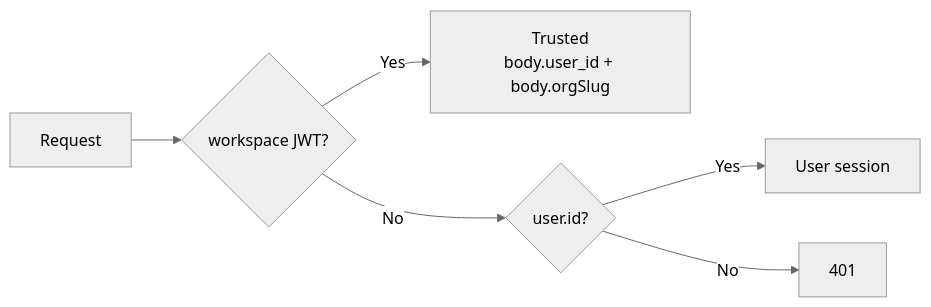
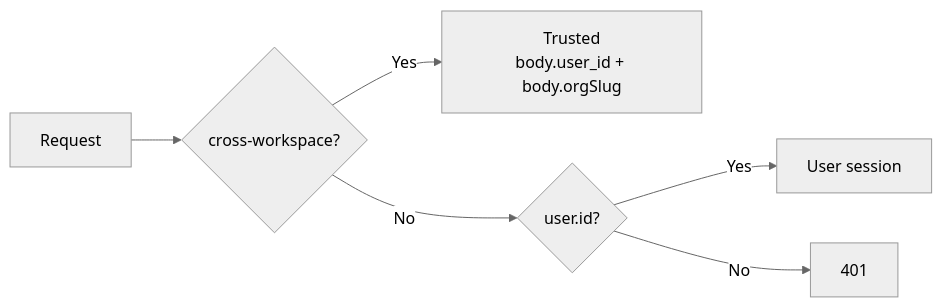
One commit to prismeai/docs changed the fourth of 6 diagrams in architecture/authentication.mdx. Above: the diagram before and after it, drawn with Mermaid (neutral theme). The commit also changed other lines of this file and 33 other files, not shown here.

````diff
--- a/architecture/authentication.mdx
+++ b/architecture/authentication.mdx
@@ -124,8 +186,8 @@
 ```mermaid
 flowchart LR
-    REQ[Request] --> WS{workspace JWT?}
+    REQ[Request] --> WS{cross-workspace?}
     WS -->|Yes| TRUST[Trusted\nbody.user_id + body.orgSlug]
     WS -->|No| UID{user.id?}
     UID -->|Yes| SESS[User session]
     UID -->|No| ERR[401]
 ```
````
